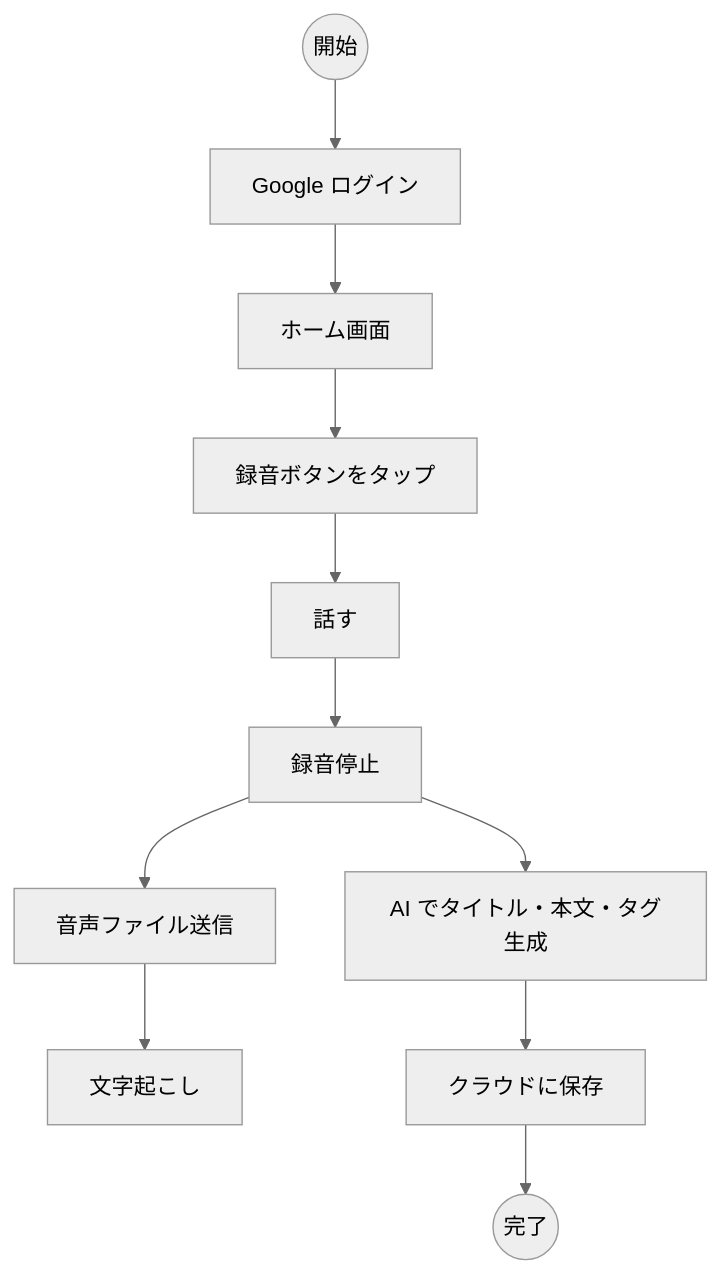
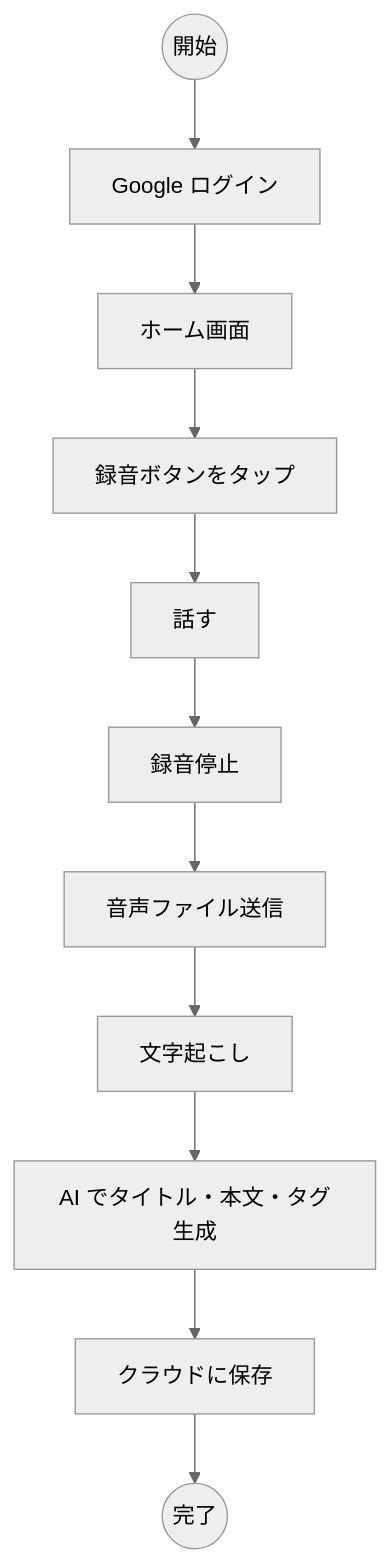
One commit to assari-harassment/voicebooklm-docs changed the first of 2 diagrams in src/UML図/activity.md. Above: the diagram before and after it, drawn with Mermaid (neutral theme). The commit also changed other lines of this file, not shown here.

````diff
--- a/src/UML図/activity.md
+++ b/src/UML図/activity.md
@@ -5,14 +5,14 @@
 ```mermaid
 flowchart TD
     Start((開始))
     Start --> Login[Google ログイン]
     Login --> Home[ホーム画面]
     Home --> Record[録音ボタンをタップ]
     Record --> Speaking[話す]
     Speaking --> Stop[録音停止]
     Stop --> Upload[音声ファイル送信]
     Upload --> Transcribe[文字起こし]
-    Stop --> AI[AI でタイトル・本文・タグ生成]
     AI --> Save[クラウドに保存]
     Save --> Done((完了))
+    Transcribe --> AI[AI でタイトル・本文・タグ生成]
 ```
````
